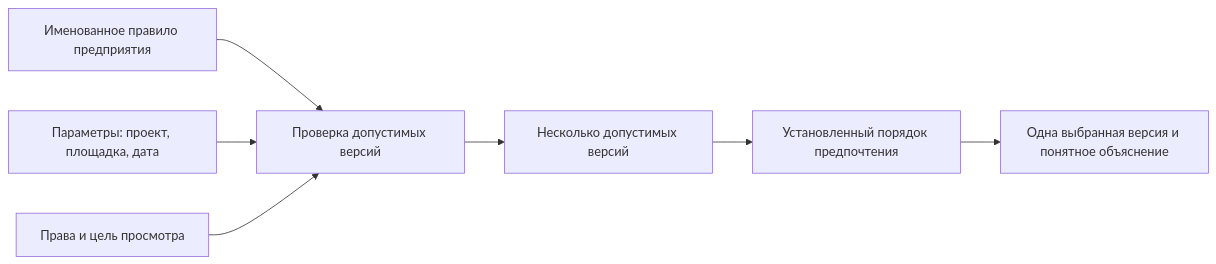
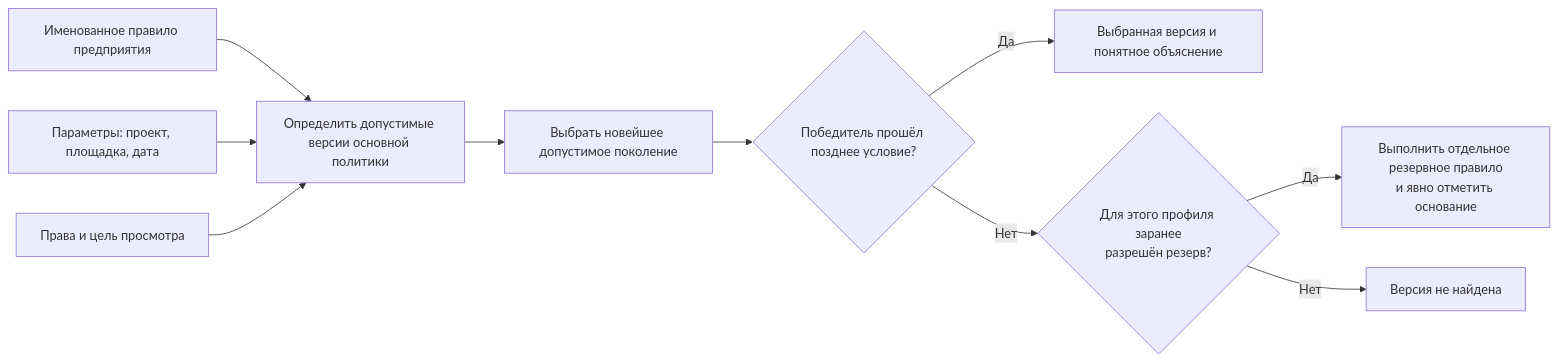
Before and after one commit to ZelAnton/Interlink-product-book: the diagram in wiki/Selection-custom-rule.md, drawn with Mermaid. The commit also changed other lines of this file and 67 other files, not shown here.

````diff
--- a/wiki/Selection-custom-rule.md
+++ b/wiki/Selection-custom-rule.md
@@ -39,9 +41,12 @@
 ```mermaid
 flowchart LR
-    A["Именованное правило предприятия"] --> D["Проверка допустимых версий"]
+    A["Именованное правило предприятия"] --> D["Определить допустимые версии основной политики"]
     B["Параметры: проект, площадка, дата"] --> D
     C["Права и цель просмотра"] --> D
-    D --> E["Несколько допустимых версий"]
-    E --> F["Установленный порядок предпочтения"]
-    F --> G["Одна выбранная версия и понятное объяснение"]
+    D --> E["Выбрать новейшее допустимое поколение"]
+    E --> F{"Победитель прошёл позднее условие?"}
+    F -->|"Да"| G["Выбранная версия и понятное объяснение"]
+    F -->|"Нет"| H{"Для этого профиля заранее<br/>разрешён резерв?"}
+    H -->|"Да"| I["Выполнить отдельное резервное правило<br/>и явно отметить основание"]
+    H -->|"Нет"| J["Версия не найдена"]
 ```
````
